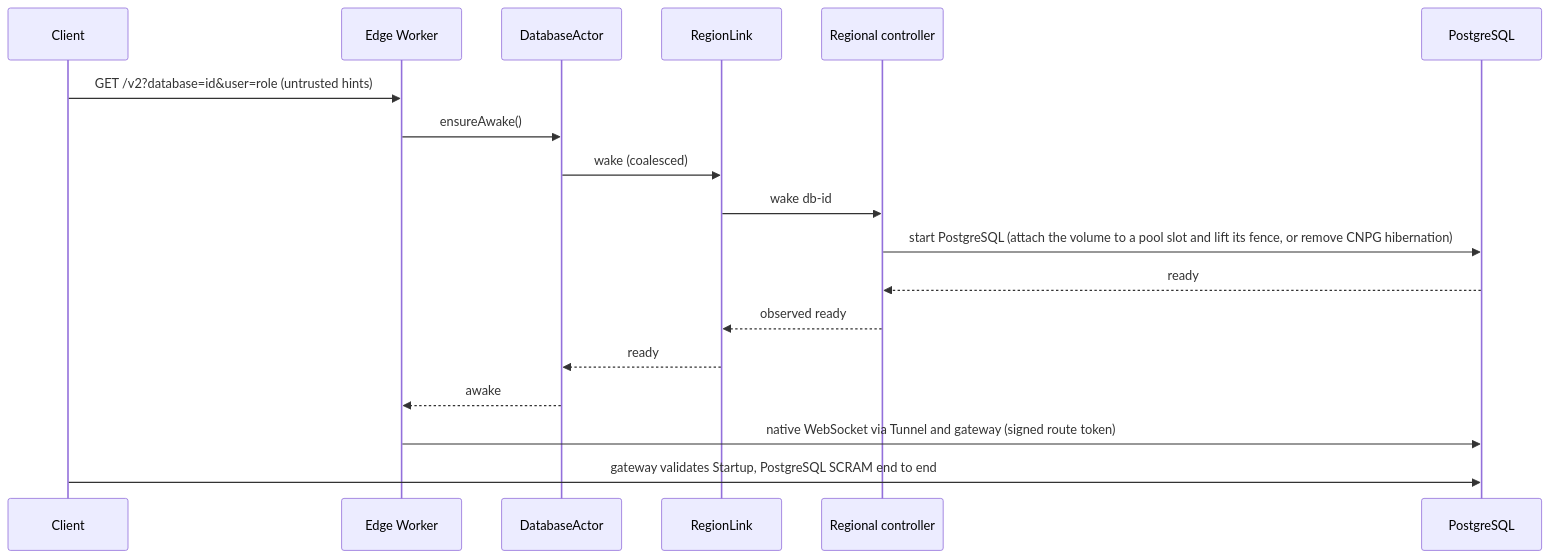
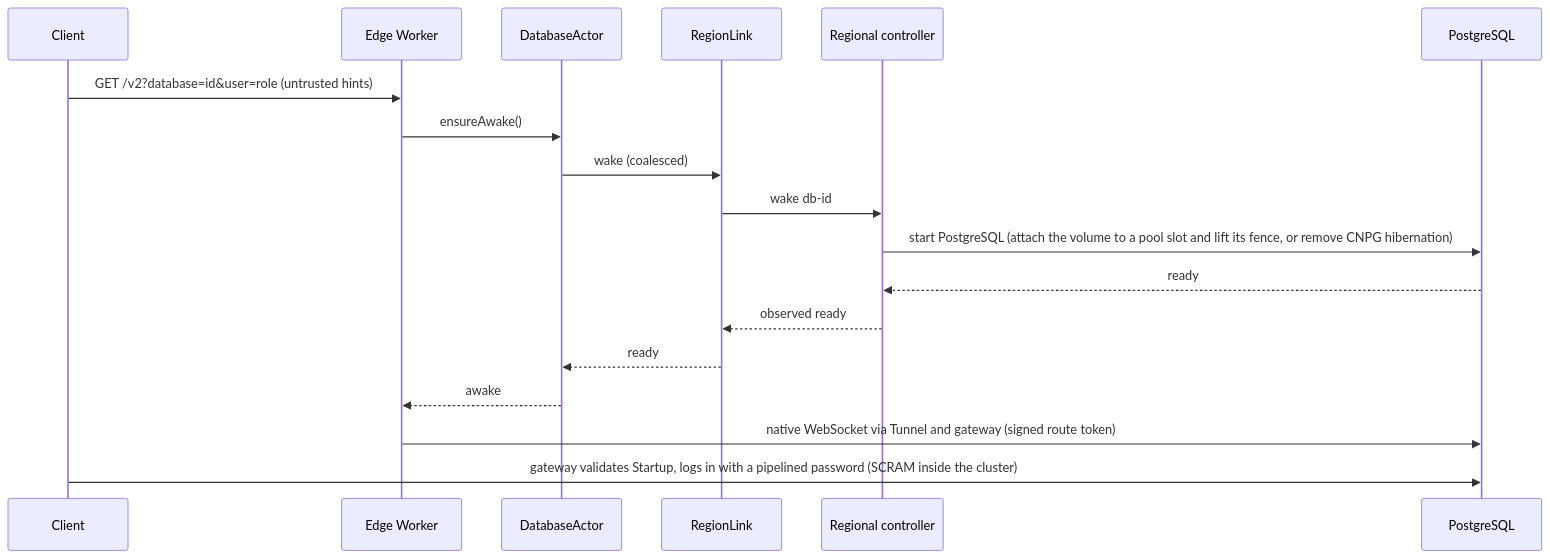
One commit to amerged-org/cloudflare-postgres changed the second of 2 diagrams in README.md. Above: the diagram before and after it, drawn with Mermaid. The commit also changed other lines of this file and 1 other file, not shown here.

First line of the commit message:
docs: connect with the driver's default pipelined password

````diff
--- a/README.md
+++ b/README.md
@@ -117,21 +117,21 @@
 ```mermaid
 sequenceDiagram
   participant C as Client
   participant E as Edge Worker
   participant A as DatabaseActor
   participant R as RegionLink
   participant G as Regional controller
   participant P as PostgreSQL
 
   C->>E: GET /v2?database=id&user=role (untrusted hints)
   E->>A: ensureAwake()
   A->>R: wake (coalesced)
   R->>G: wake db-id
   G->>P: start PostgreSQL (attach the volume to a pool slot and lift its fence, or remove CNPG hibernation)
   P-->>G: ready
   G-->>R: observed ready
   R-->>A: ready
   A-->>E: awake
   E->>P: native WebSocket via Tunnel and gateway (signed route token)
-  C->>P: gateway validates Startup, PostgreSQL SCRAM end to end
+  C->>P: gateway validates Startup, logs in with a pipelined password (SCRAM inside the cluster)
 ```
````
